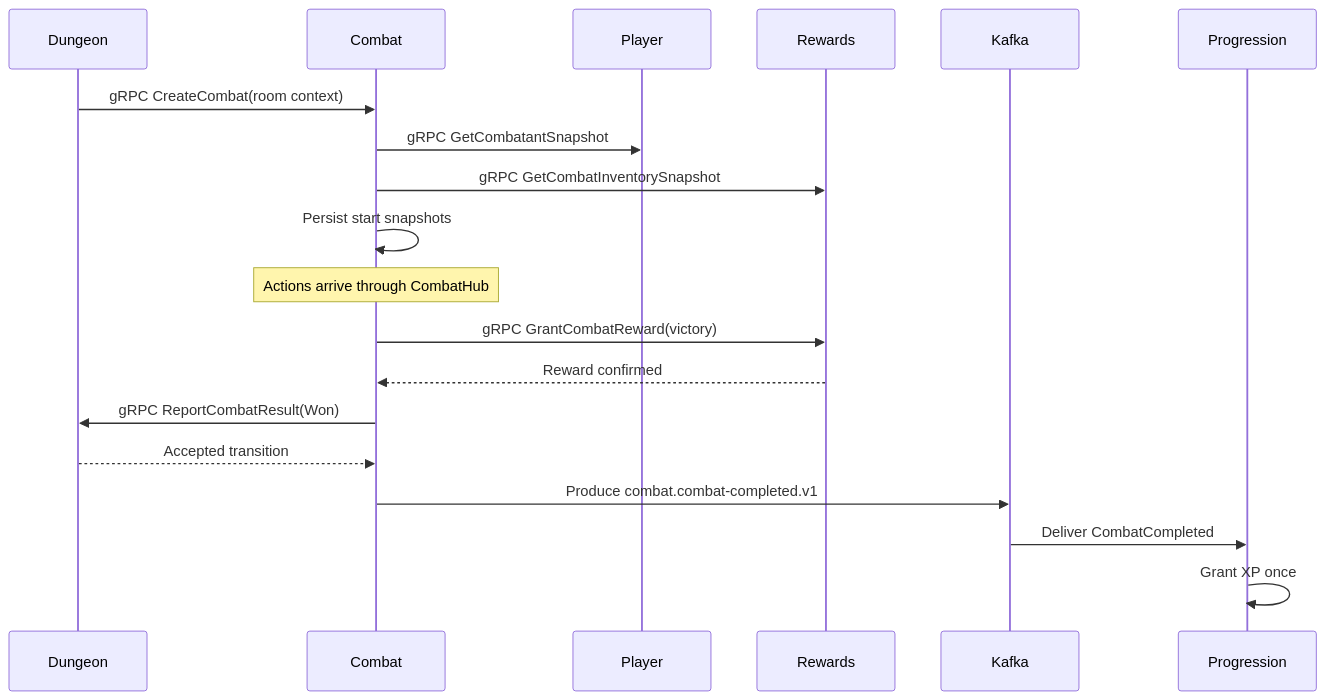
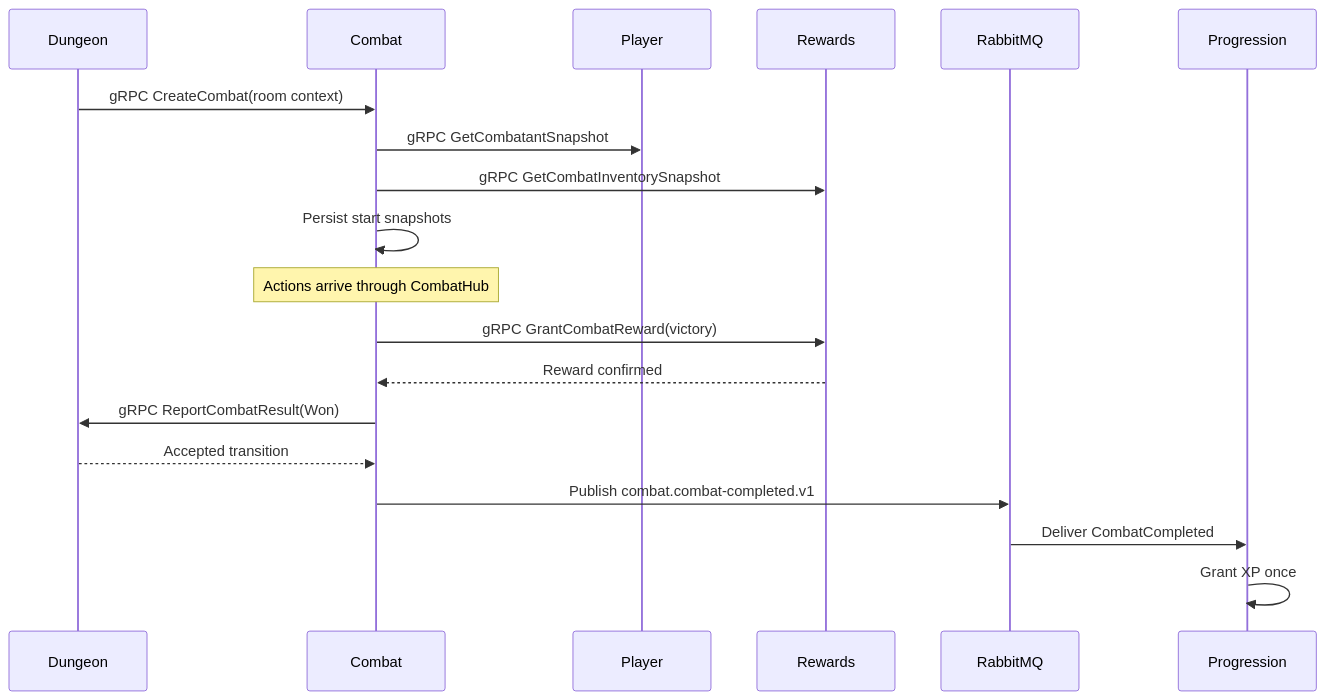
The fifth of 6 diagrams in docs/architecture/MICROSERVICE_COMMUNICATION_ARCHITECTURE.en.md (ProjectLanternDI3P1P2/combat-backend), drawn with Mermaid before and after one commit. The commit also changed other lines of this file and 13 other files, not shown here.

````diff
--- a/docs/architecture/MICROSERVICE_COMMUNICATION_ARCHITECTURE.en.md
+++ b/docs/architecture/MICROSERVICE_COMMUNICATION_ARCHITECTURE.en.md
@@ -212,21 +218,21 @@
 ```mermaid
 sequenceDiagram
   participant D as Dungeon
   participant C as Combat
   participant P as Player
   participant R as Rewards
-  participant K as Kafka
+  participant M as RabbitMQ
   participant X as Progression
   D->>C: gRPC CreateCombat(room context)
   C->>P: gRPC GetCombatantSnapshot
   C->>R: gRPC GetCombatInventorySnapshot
   C->>C: Persist start snapshots
   Note over C: Actions arrive through CombatHub
   C->>R: gRPC GrantCombatReward(victory)
   R-->>C: Reward confirmed
   C->>D: gRPC ReportCombatResult(Won)
   D-->>C: Accepted transition
-  C->>K: Produce combat.combat-completed.v1
-  K->>X: Deliver CombatCompleted
+  C->>M: Publish combat.combat-completed.v1
+  M->>X: Deliver CombatCompleted
   X->>X: Grant XP once
 ```
````
